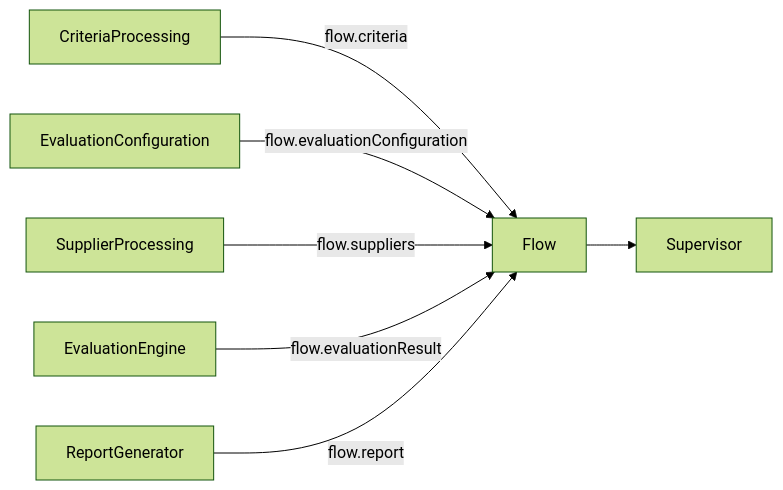
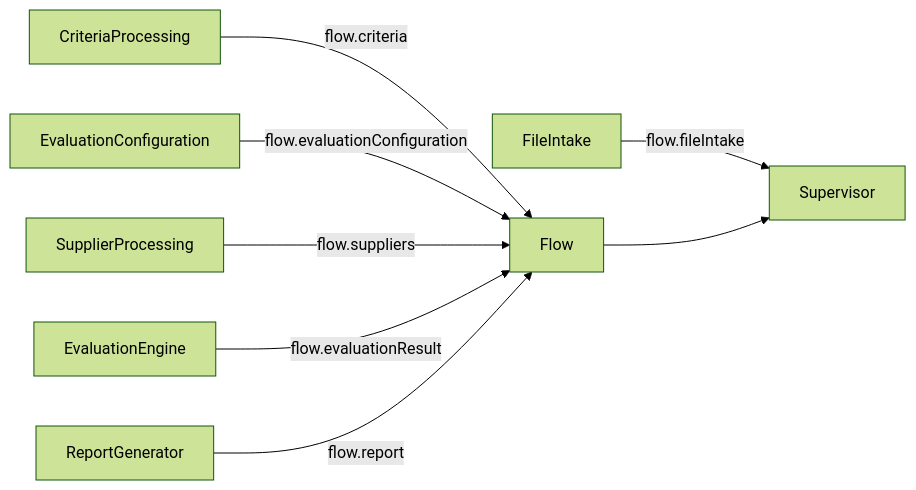
One commit to adityarane-ai/Agentic-Orchestrations changed the second of 3 diagrams in Bid Analysis Agent/04-System-Architecture.md. Above: the diagram before and after it, drawn with Mermaid (forest theme). The commit also changed other lines of this file, not shown here.

Commit message:
Revise system architecture for flexible Excel intake

````diff
--- a/Bid Analysis Agent/04-System-Architecture.md
+++ b/Bid Analysis Agent/04-System-Architecture.md
@@ -436,15 +343,12 @@
 ```mermaid
 flowchart LR
 
+FileIntake -->|flow.fileIntake| Supervisor
 CriteriaProcessing -->|flow.criteria| Flow
-
 EvaluationConfiguration -->|flow.evaluationConfiguration| Flow
-
 SupplierProcessing -->|flow.suppliers| Flow
-
 EvaluationEngine -->|flow.evaluationResult| Flow
-
 ReportGenerator -->|flow.report| Flow
 
 Flow --> Supervisor
 ```
````
